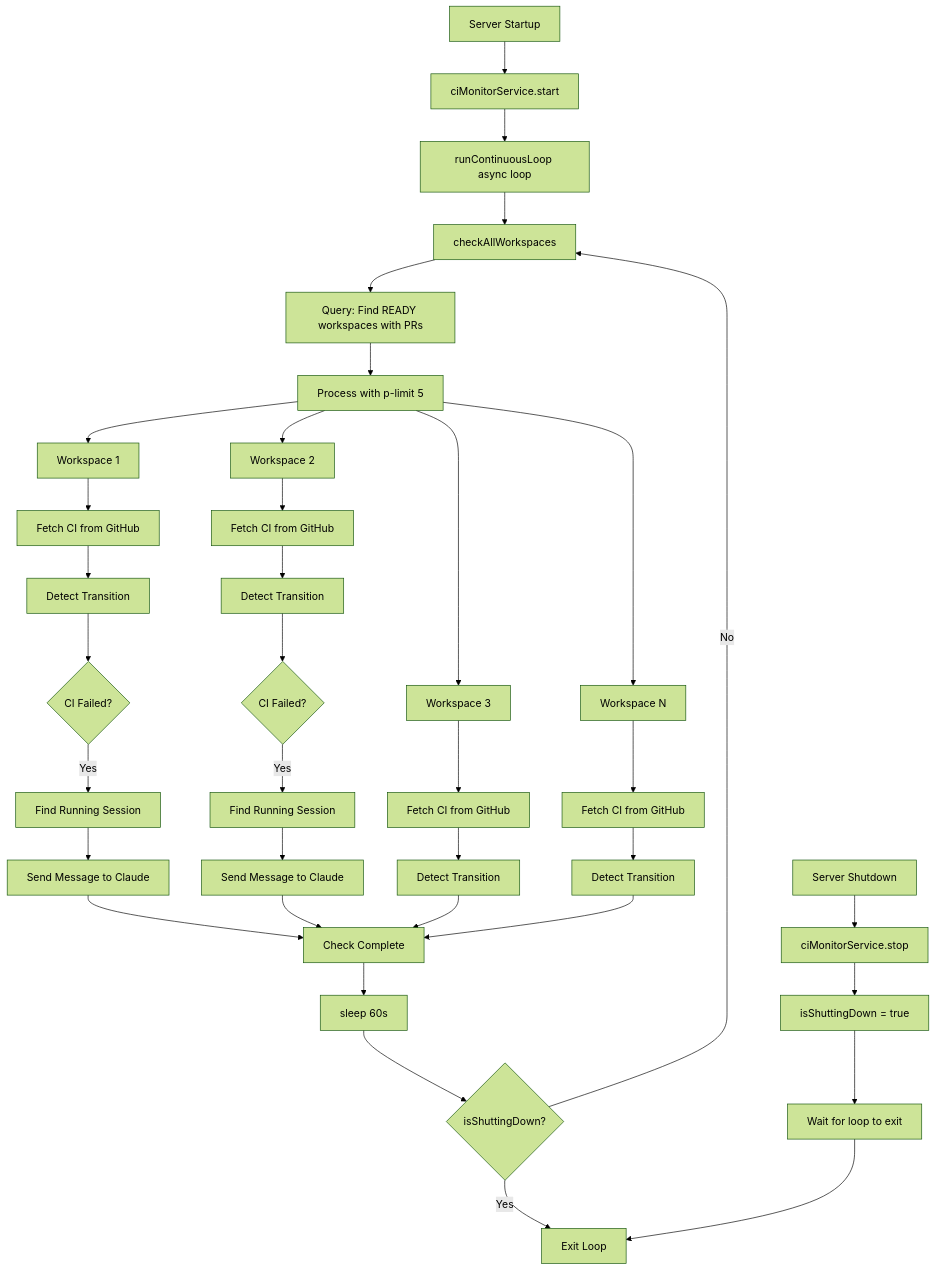
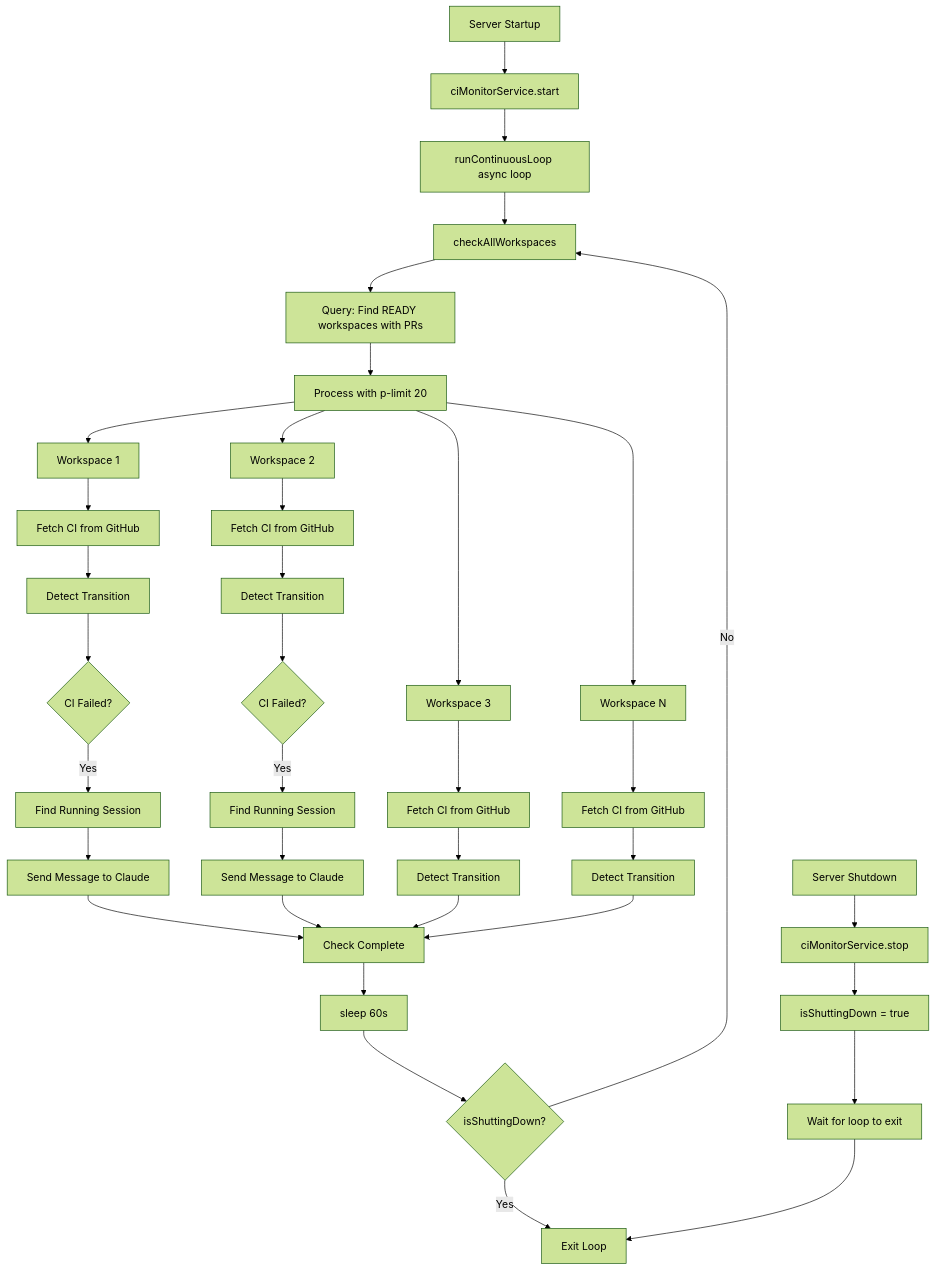
Before and after one commit to purplefish-ai/factory-factory: the first of 8 diagrams in docs/design/ci-monitoring-system.md, drawn with Mermaid (forest theme). The commit also changed other lines of this file and 4 other files, not shown here.

````diff
--- a/docs/design/ci-monitoring-system.md
+++ b/docs/design/ci-monitoring-system.md
@@ -59,48 +59,48 @@
 ```mermaid
 graph TB
     Server[Server Startup] --> Start[ciMonitorService.start]
     Start --> Loop[runContinuousLoop async loop]
 
     Loop --> Check[checkAllWorkspaces]
     Check --> Query[Query: Find READY workspaces with PRs]
-    Query --> Batch[Process with p-limit 5]
+    Query --> Batch[Process with p-limit 20]
 
     Batch --> W1[Workspace 1]
     Batch --> W2[Workspace 2]
     Batch --> W3[Workspace 3]
     Batch --> WN[Workspace N]
 
     W1 --> GH1[Fetch CI from GitHub]
     W2 --> GH2[Fetch CI from GitHub]
     W3 --> GH3[Fetch CI from GitHub]
     WN --> GHN[Fetch CI from GitHub]
 
     GH1 --> Detect1[Detect Transition]
     GH2 --> Detect2[Detect Transition]
     GH3 --> Detect3[Detect Transition]
     GHN --> DetectN[Detect Transition]
 
     Detect1 --> Notify1{CI Failed?}
     Detect2 --> Notify2{CI Failed?}
 
     Notify1 -->|Yes| Session1[Find Running Session]
     Notify2 -->|Yes| Session2[Find Running Session]
 
     Session1 --> Send1[Send Message to Claude]
     Session2 --> Send2[Send Message to Claude]
 
     Send1 --> Complete[Check Complete]
     Send2 --> Complete
     Detect3 --> Complete
     DetectN --> Complete
 
     Complete --> Sleep[sleep 60s]
     Sleep --> LoopBack{isShuttingDown?}
     LoopBack -->|No| Check
     LoopBack -->|Yes| Exit[Exit Loop]
 
     Shutdown[Server Shutdown] --> Stop[ciMonitorService.stop]
     Stop --> SetFlag[isShuttingDown = true]
     SetFlag --> Wait[Wait for loop to exit]
     Wait --> Exit
 ```
````
